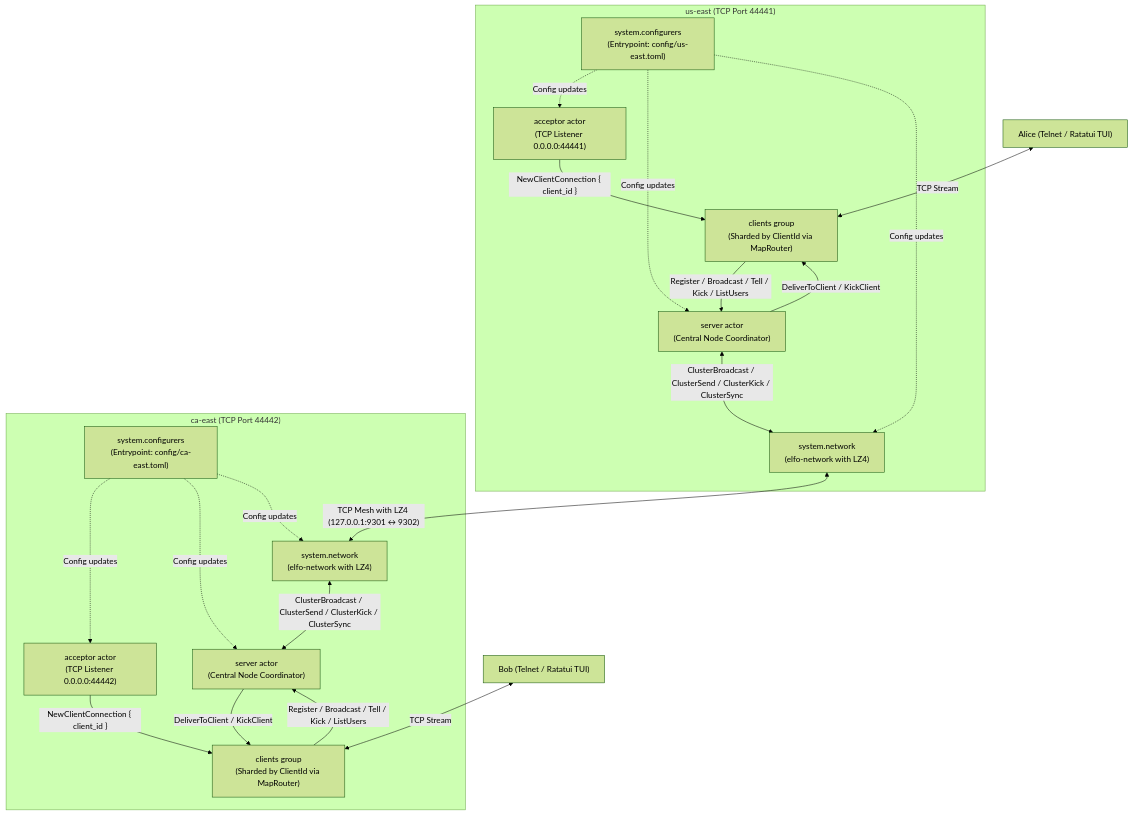
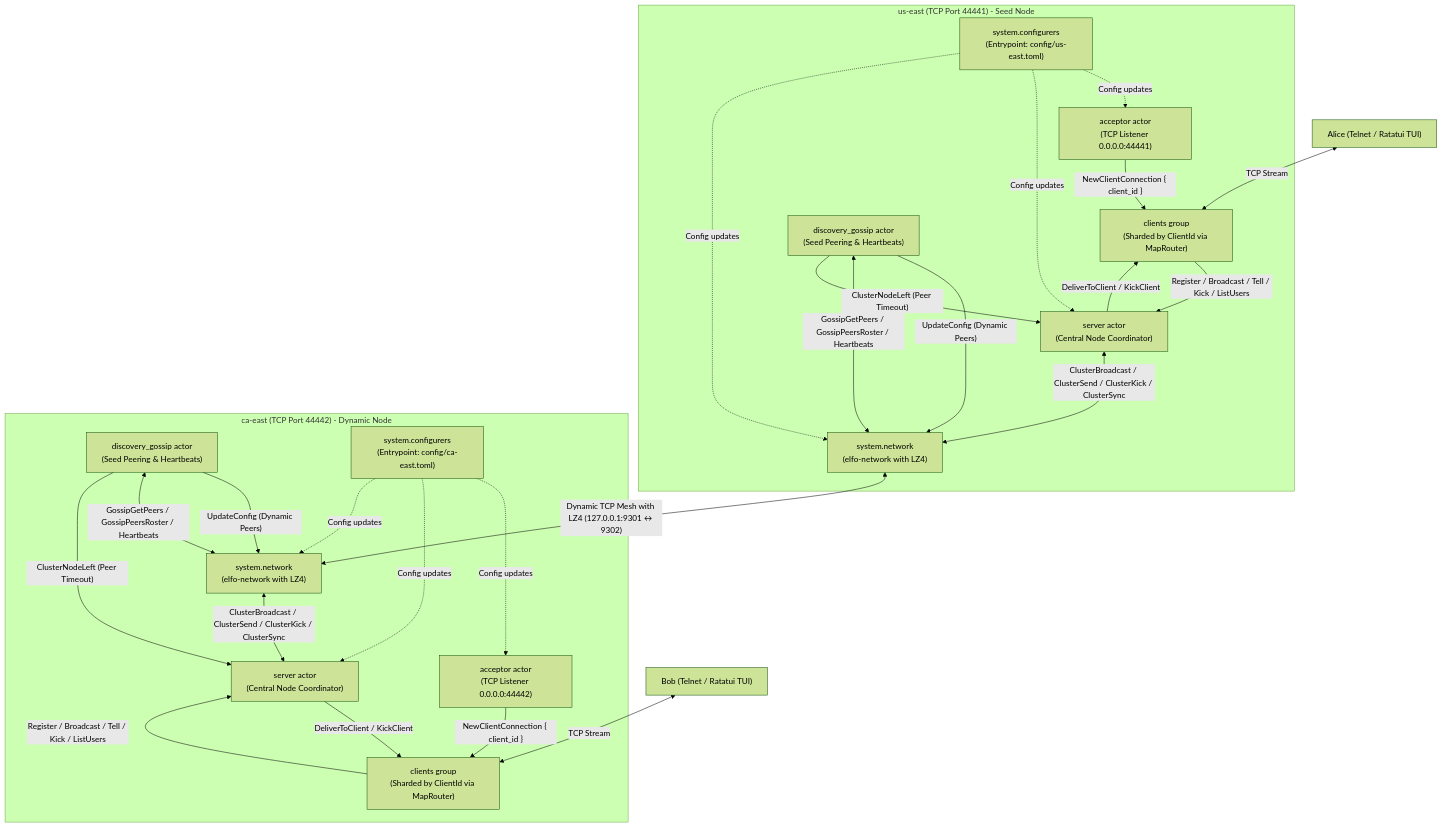
One commit to smunix/parconc-rs changed the first of 8 diagrams in distrib-chat/README.md. Above: the diagram before and after it, drawn with Mermaid (forest theme). The commit also changed other lines of this file and 14 other files, not shown here.

Commit message:
feat(distrib-chat): implement gossip-based dynamic seed peering discovery (Approach A)

````diff
--- a/distrib-chat/README.md
+++ b/distrib-chat/README.md
@@ -65,39 +65,47 @@
 ```mermaid
 flowchart TD
-    subgraph UsEast ["us-east (TCP Port 44441)"]
+    subgraph UsEast ["us-east (TCP Port 44441) - Seed Node"]
         Acceptor1["acceptor actor<br/>(TCP Listener 0.0.0.0:44441)"]
         Clients1["clients group<br/>(Sharded by ClientId via MapRouter)"]
         Server1["server actor<br/>(Central Node Coordinator)"]
+        Gossip1["discovery_gossip actor<br/>(Seed Peering & Heartbeats)"]
         Network1["system.network<br/>(elfo-network with LZ4)"]
         Config1["system.configurers<br/>(Entrypoint: config/us-east.toml)"]
 
         Acceptor1 -->|"NewClientConnection { client_id }"| Clients1
         Clients1 -->|"Register / Broadcast / Tell / Kick / ListUsers"| Server1
         Server1 -->|"DeliverToClient / KickClient"| Clients1
         Server1 <-->|"ClusterBroadcast / ClusterSend / ClusterKick / ClusterSync"| Network1
+        Gossip1 -->|"UpdateConfig (Dynamic Peers)"| Network1
+        Gossip1 <-->|"GossipGetPeers / GossipPeersRoster / Heartbeats"| Network1
+        Gossip1 -->|"ClusterNodeLeft (Peer Timeout)"| Server1
         Config1 -.->|"Config updates"| Acceptor1
         Config1 -.->|"Config updates"| Server1
         Config1 -.->|"Config updates"| Network1
     end
 
-    subgraph CaEast ["ca-east (TCP Port 44442)"]
+    subgraph CaEast ["ca-east (TCP Port 44442) - Dynamic Node"]
         Network2["system.network<br/>(elfo-network with LZ4)"]
+        Gossip2["discovery_gossip actor<br/>(Seed Peering & Heartbeats)"]
         Server2["server actor<br/>(Central Node Coordinator)"]
         Clients2["clients group<br/>(Sharded by ClientId via MapRouter)"]
         Acceptor2["acceptor actor<br/>(TCP Listener 0.0.0.0:44442)"]
         Config2["system.configurers<br/>(Entrypoint: config/ca-east.toml)"]
 
         Network2 <-->|"ClusterBroadcast / ClusterSend / ClusterKick / ClusterSync"| Server2
+        Gossip2 -->|"UpdateConfig (Dynamic Peers)"| Network2
+        Gossip2 <-->|"GossipGetPeers / GossipPeersRoster / Heartbeats"| Network2
+        Gossip2 -->|"ClusterNodeLeft (Peer Timeout)"| Server2
         Server2 -->|"DeliverToClient / KickClient"| Clients2
         Clients2 -->|"Register / Broadcast / Tell / Kick / ListUsers"| Server2
         Acceptor2 -->|"NewClientConnection { client_id }"| Clients2
         Config2 -.->|"Config updates"| Acceptor2
         Config2 -.->|"Config updates"| Server2
         Config2 -.->|"Config updates"| Network2
     end
 
     Alice["Alice (Telnet / Ratatui TUI)"] <-->|"TCP Stream"| Clients1
     Bob["Bob (Telnet / Ratatui TUI)"] <-->|"TCP Stream"| Clients2
 
-    Network1 <-->|"TCP Mesh with LZ4 (127.0.0.1:9301 &harr; 9302)"| Network2
+    Network1 <-->|"Dynamic TCP Mesh with LZ4 (127.0.0.1:9301 &harr; 9302)"| Network2
 ```
````
